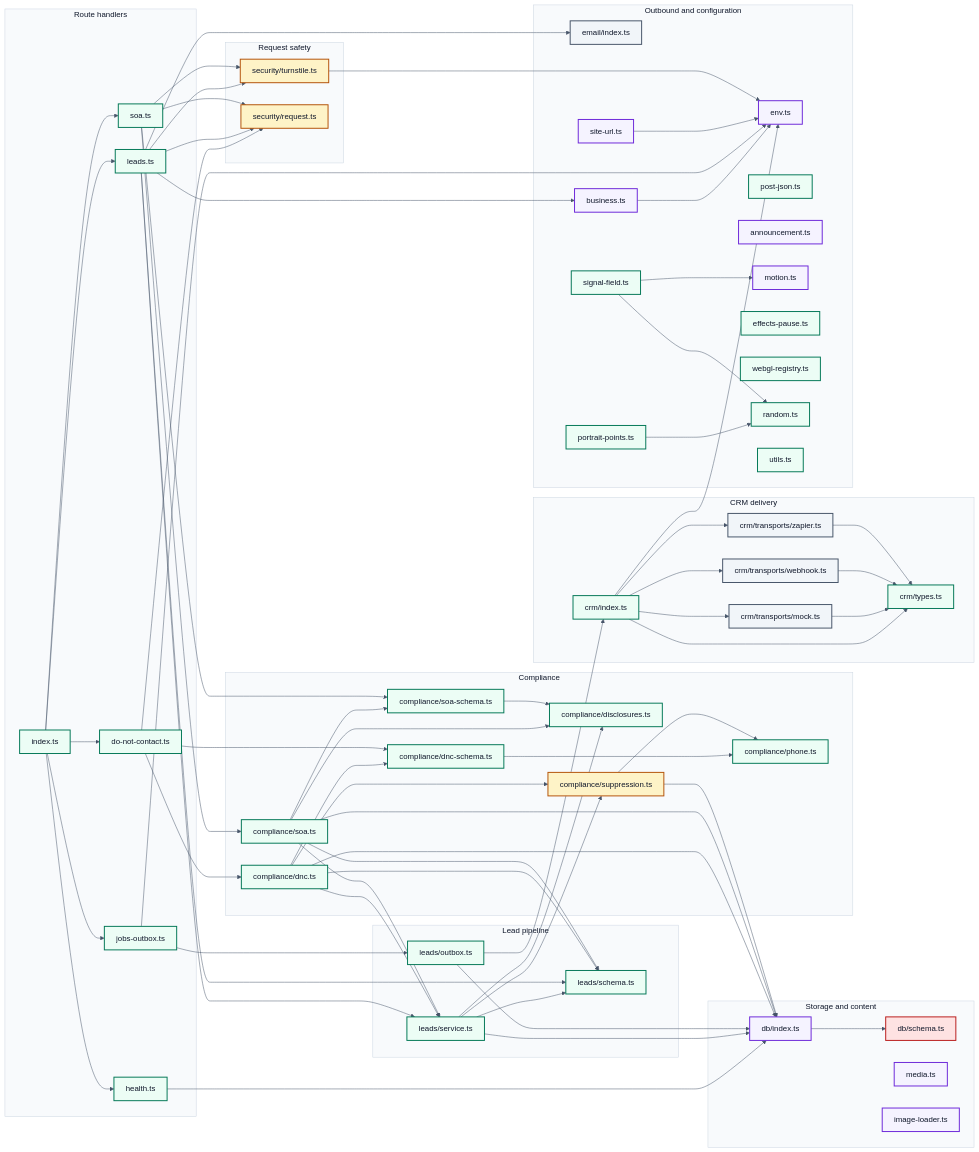
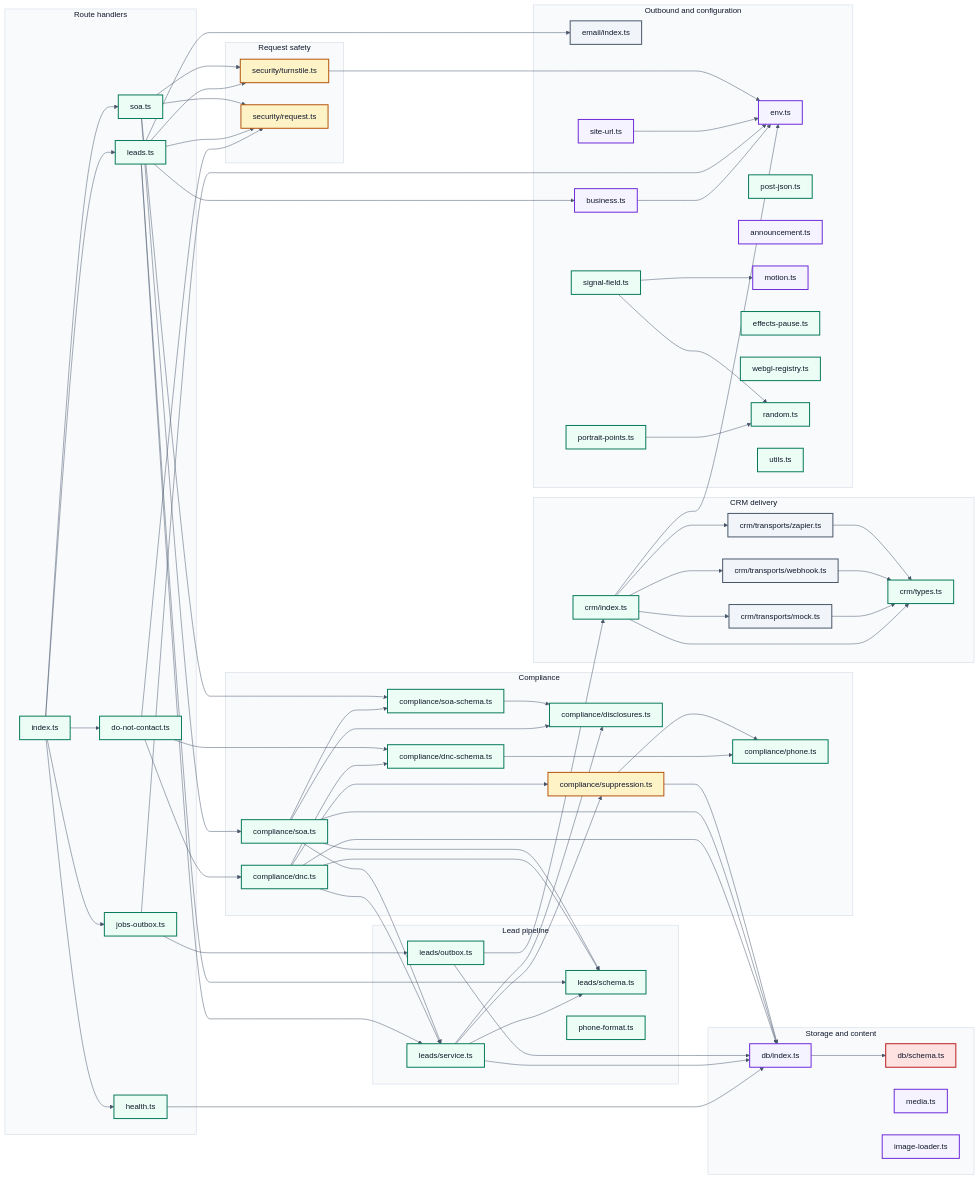
The diagram in docs/diagrams/D5-module-map.mmd (marc-mccarthy/legacy-benefits-mn), drawn with Mermaid before and after one commit. The commit also changed 3 other files, not shown here.

Commit message:
chore(diagrams): declare lib/phone-format in the module map

```diff
--- a/docs/diagrams/D5-module-map.mmd
+++ b/docs/diagrams/D5-module-map.mmd
@@ -1,145 +1,146 @@
 %%{init: {"theme":"base","themeVariables":{"fontFamily":"Helvetica Neue, Helvetica, Arial, sans-serif","fontSize":"16px","textColor":"#0F172A","background":"#FFFFFF","lineColor":"#475569","mainBkg":"#EFF6FF","nodeBorder":"#1D4ED8","primaryColor":"#EFF6FF","primaryBorderColor":"#1D4ED8","primaryTextColor":"#0F172A","secondaryColor":"#F1F5F9","secondaryBorderColor":"#475569","secondaryTextColor":"#0F172A","tertiaryColor":"#F8FAFC","tertiaryBorderColor":"#CBD5E1","tertiaryTextColor":"#0F172A","clusterBkg":"#F8FAFC","clusterBorder":"#CBD5E1","edgeLabelBackground":"#FFFFFF","actorBkg":"#EEF2FF","actorBorder":"#4338CA","actorTextColor":"#0F172A","signalColor":"#475569","signalTextColor":"#0F172A","noteBkgColor":"#FEF3C7","noteBorderColor":"#B45309","noteTextColor":"#0F172A","activationBkgColor":"#ECFDF5","activationBorderColor":"#047857","labelBoxBkgColor":"#FEF3C7","labelBoxBorderColor":"#B45309","sequenceNumberColor":"#FFFFFF"},"flowchart":{"htmlLabels":false,"curve":"basis","nodeSpacing":45,"rankSpacing":60,"padding":12},"sequence":{"useMaxWidth":false,"htmlLabels":false,"mirrorActors":false,"wrap":true,"width":190}}}%%
 flowchart LR
 accTitle: Every server module this repository owns, and what each one imports
 accDescr {
   A left-to-right map of the server side of the application, derived from the imports in the
   code rather than drawn by hand, so it cannot describe a wiring that no longer exists. Each
   box is one module; each arrow is one module importing another. Route handlers sit on the
   left, since every request enters through one of them. The two modules that verify a request
   and the one that decides whether a person may be contacted are drawn as gates, because their
   job is to reject. The database schema is drawn as regulated data, because that is what it
   declares. Test files are excluded: a test importing a module says nothing about how the
-  application is wired. 40 modules and 56 imports are drawn.
+  application is wired. 41 modules and 56 imports are drawn.
 }
 
 subgraph Routehandlers ["Route handlers"]
   apiRouter["index.ts"]
   leadsRoute["leads.ts"]
   soaRoute["soa.ts"]
   dncRoute["do-not-contact.ts"]
   jobsRoute["jobs-outbox.ts"]
   healthRoute["health.ts"]
 end
 
 subgraph Requestsafety ["Request safety"]
   turnstile["security/turnstile.ts"]
   request["security/request.ts"]
 end
 
 subgraph Leadpipeline ["Lead pipeline"]
   leadService["leads/service.ts"]
   leadSchema["leads/schema.ts"]
   outbox["leads/outbox.ts"]
+  phoneFormat["phone-format.ts"]
 end
 
 subgraph Compliance ["Compliance"]
   disclosures["compliance/disclosures.ts"]
   suppression["compliance/suppression.ts"]
   phone["compliance/phone.ts"]
   dnc["compliance/dnc.ts"]
   dncSchema["compliance/dnc-schema.ts"]
   soa["compliance/soa.ts"]
   soaSchema["compliance/soa-schema.ts"]
 end
 
 subgraph CRMdelivery ["CRM delivery"]
   crm["crm/index.ts"]
   crmTypes["crm/types.ts"]
   webhook["crm/transports/webhook.ts"]
   zapier["crm/transports/zapier.ts"]
   mock["crm/transports/mock.ts"]
 end
 
 subgraph Storageandcontent ["Storage and content"]
   db["db/index.ts"]
   dbSchema["db/schema.ts"]
   media["media.ts"]
   imageLoader["image-loader.ts"]
 end
 
 subgraph Outboundandconfiguration ["Outbound and configuration"]
   email["email/index.ts"]
   env["env.ts"]
   siteUrl["site-url.ts"]
   postJson["post-json.ts"]
   business["business.ts"]
   announcement["announcement.ts"]
   motion["motion.ts"]
   effectsPause["effects-pause.ts"]
   webglRegistry["webgl-registry.ts"]
   portraitPoints["portrait-points.ts"]
   signalField["signal-field.ts"]
   random["random.ts"]
   utils["utils.ts"]
 end
 
 apiRouter --> dncRoute
 apiRouter --> healthRoute
 apiRouter --> jobsRoute
 apiRouter --> leadsRoute
 apiRouter --> soaRoute
 business --> env
 crm --> crmTypes
 crm --> env
 crm --> mock
 crm --> webhook
 crm --> zapier
 db --> dbSchema
 dnc --> db
 dnc --> dncSchema
 dnc --> leadSchema
 dnc --> leadService
 dnc --> suppression
 dncRoute --> dnc
 dncRoute --> dncSchema
 dncRoute --> request
 dncSchema --> phone
 healthRoute --> db
 jobsRoute --> env
 jobsRoute --> outbox
 leadService --> db
 leadService --> disclosures
 leadService --> leadSchema
 leadService --> suppression
 leadsRoute --> business
 leadsRoute --> email
 leadsRoute --> leadSchema
 leadsRoute --> leadService
 leadsRoute --> request
 leadsRoute --> turnstile
 mock --> crmTypes
 outbox --> crm
 outbox --> db
 portraitPoints --> random
 signalField --> motion
 signalField --> random
 siteUrl --> env
 soa --> db
 soa --> disclosures
 soa --> leadSchema
 soa --> leadService
 soa --> soaSchema
 soaRoute --> request
 soaRoute --> soa
 soaRoute --> soaSchema
 soaRoute --> turnstile
 soaSchema --> disclosures
 suppression --> db
 suppression --> phone
 turnstile --> env
 webhook --> crmTypes
 zapier --> crmTypes
 
 classDef human    fill:#EEF2FF,stroke:#4338CA,stroke-width:2px,color:#0F172A
 classDef client   fill:#EFF6FF,stroke:#1D4ED8,stroke-width:2px,color:#0F172A
 classDef ours     fill:#ECFDF5,stroke:#047857,stroke-width:2px,color:#0F172A
 classDef guard    fill:#FEF3C7,stroke:#B45309,stroke-width:2px,color:#0F172A
 classDef vendor   fill:#F1F5F9,stroke:#475569,stroke-width:2px,color:#0F172A
 classDef phi      fill:#FEE2E2,stroke:#B91C1C,stroke-width:2px,color:#0F172A
 classDef artifact fill:#F5F3FF,stroke:#6D28D9,stroke-width:2px,color:#0F172A
 
-class apiRouter,leadsRoute,soaRoute,dncRoute,jobsRoute,healthRoute,leadService,leadSchema,outbox,disclosures,phone,dnc,dncSchema,soa,soaSchema,crm,crmTypes,postJson,effectsPause,webglRegistry,portraitPoints,signalField,random,utils ours
+class apiRouter,leadsRoute,soaRoute,dncRoute,jobsRoute,healthRoute,leadService,leadSchema,outbox,phoneFormat,disclosures,phone,dnc,dncSchema,soa,soaSchema,crm,crmTypes,postJson,effectsPause,webglRegistry,portraitPoints,signalField,random,utils ours
 class turnstile,request,suppression guard
 class webhook,zapier,mock,email vendor
 class dbSchema phi
 class db,media,imageLoader,env,siteUrl,business,announcement,motion artifact
```
